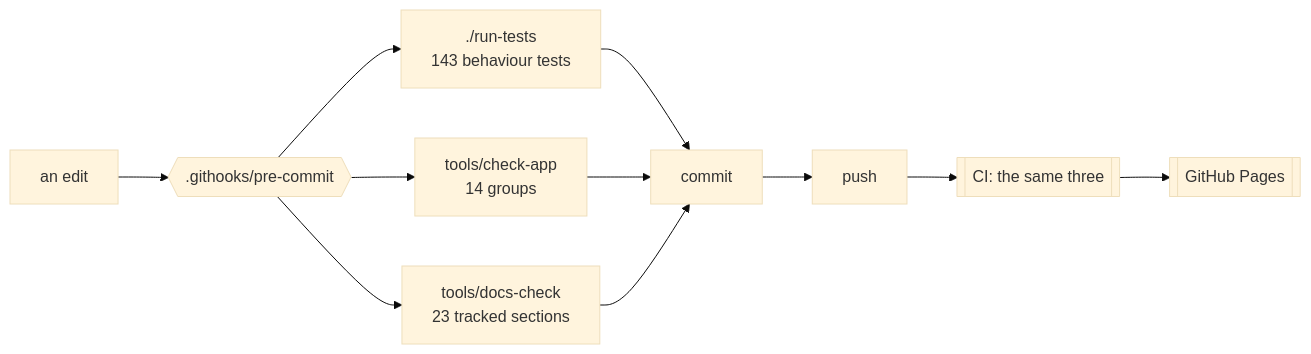
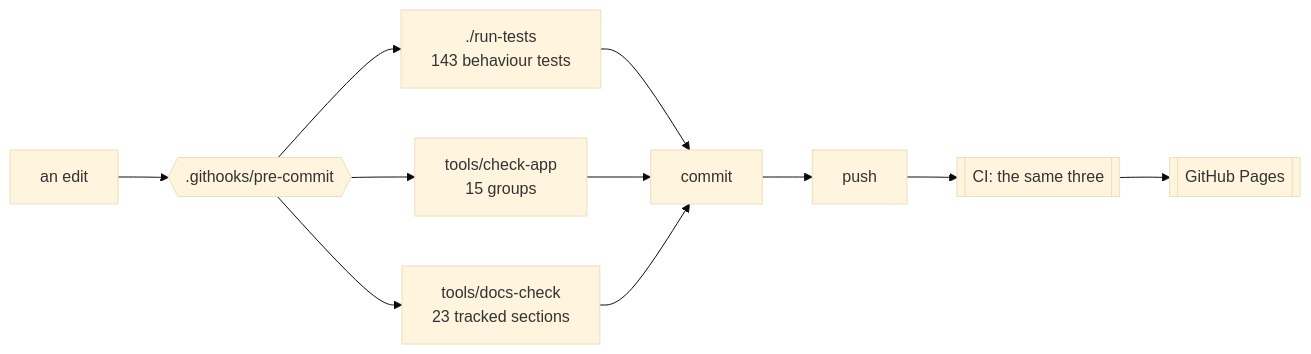
The diagram in docs/DEVELOPING.md (minormending/crystal-pilot-mobile), drawn with Mermaid (base theme) before and after one commit. The commit also changed other lines of this file and 7 other files, not shown here.

````diff
--- a/docs/DEVELOPING.md
+++ b/docs/DEVELOPING.md
@@ -15,12 +15,12 @@
 ```mermaid
 flowchart LR
     E[an edit] --> H{{".githooks/pre-commit"}}
     H --> T["./run-tests<br/>143 behaviour tests"]
-    H --> C["tools/check-app<br/>14 groups"]
+    H --> C["tools/check-app<br/>15 groups"]
     H --> D["tools/docs-check<br/>23 tracked sections"]
     T --> OK[commit]
     C --> OK
     D --> OK
     OK --> P[push] --> CI[["CI: the same three"]]
     CI --> PG[[GitHub Pages]]
 ```
````
